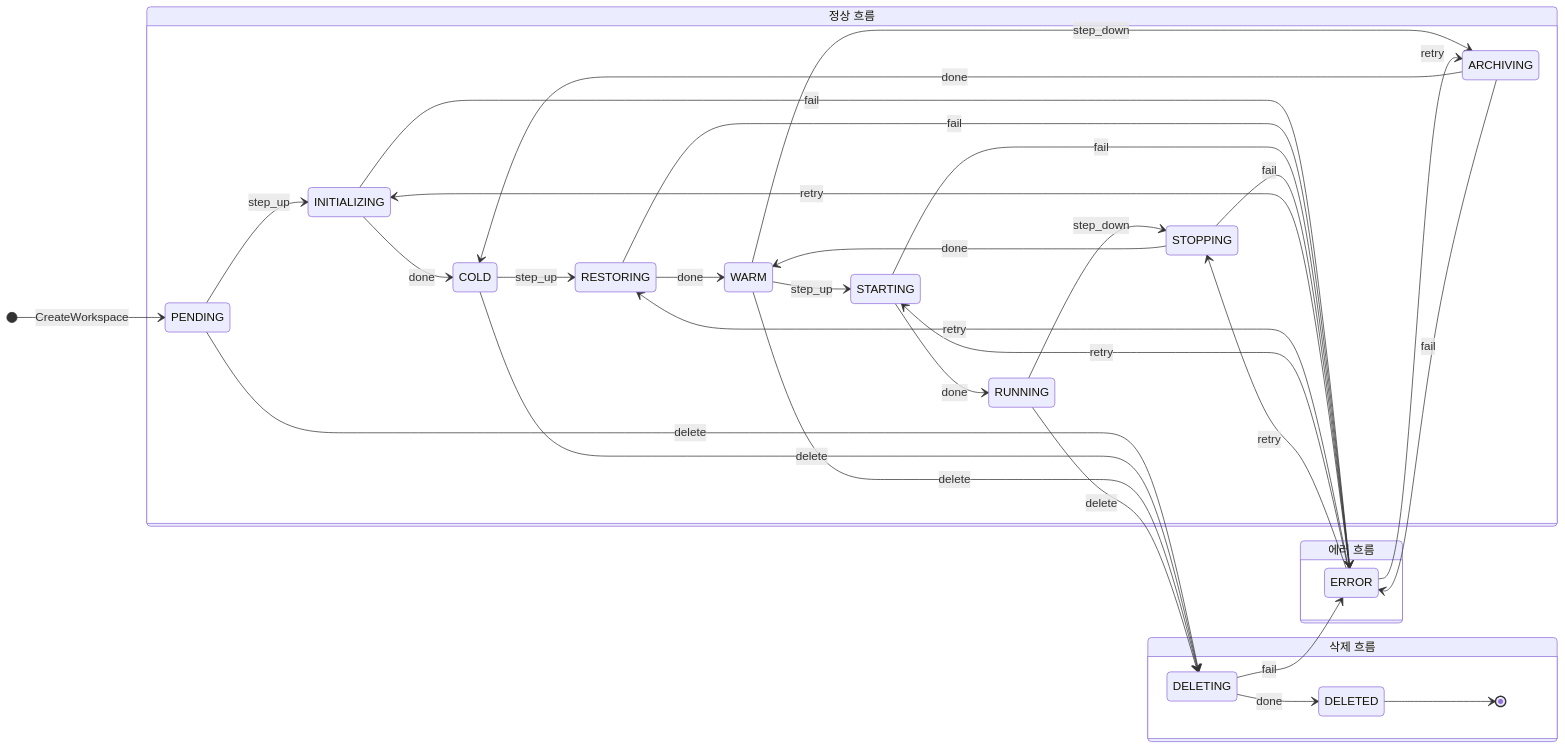
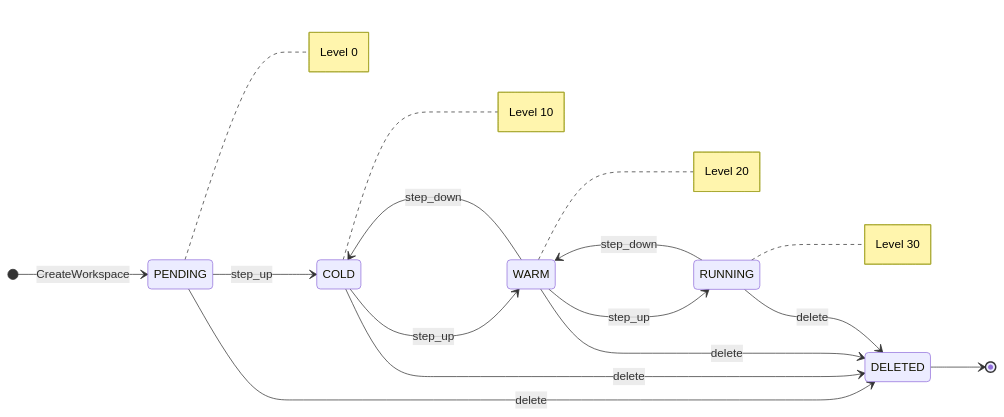
Before and after one commit to cagojeiger/code-hub: the second of 6 diagrams in docs/architecture_v2/states.md, drawn with Mermaid. The commit also changed other lines of this file and 4 other files, not shown here.

````diff
--- a/docs/architecture_v2/states.md
+++ b/docs/architecture_v2/states.md
@@ -58,50 +83,25 @@
 ```mermaid
 stateDiagram-v2
     direction LR
 
     [*] --> PENDING: CreateWorkspace
 
-    state "정상 흐름" as normal {
-        PENDING --> INITIALIZING: step_up
-        INITIALIZING --> COLD: done
+    PENDING --> COLD: step_up
+    COLD --> WARM: step_up
+    WARM --> RUNNING: step_up
 
-        COLD --> RESTORING: step_up
-        RESTORING --> WARM: done
+    RUNNING --> WARM: step_down
+    WARM --> COLD: step_down
 
-        WARM --> STARTING: step_up
-        STARTING --> RUNNING: done
+    PENDING --> DELETED: delete
+    COLD --> DELETED: delete
+    WARM --> DELETED: delete
+    RUNNING --> DELETED: delete
 
-        RUNNING --> STOPPING: step_down
-        STOPPING --> WARM: done
+    DELETED --> [*]
 
-        WARM --> ARCHIVING: step_down
-        ARCHIVING --> COLD: done
-    }
-
-    state "삭제 흐름" as delete_flow {
-        DELETING --> DELETED: done
-        DELETED --> [*]
-    }
-
-    PENDING --> DELETING: delete
-    COLD --> DELETING: delete
-    WARM --> DELETING: delete
-    RUNNING --> DELETING: delete
-
-    state "에러 흐름" as error_flow {
-        ERROR
-    }
-
-    INITIALIZING --> ERROR: fail
-    RESTORING --> ERROR: fail
-    STARTING --> ERROR: fail
-    STOPPING --> ERROR: fail
-    ARCHIVING --> ERROR: fail
-    DELETING --> ERROR: fail
-
-    ERROR --> INITIALIZING: retry
-    ERROR --> RESTORING: retry
-    ERROR --> STARTING: retry
-    ERROR --> STOPPING: retry
-    ERROR --> ARCHIVING: retry
+    note right of PENDING: Level 0
+    note right of COLD: Level 10
+    note right of WARM: Level 20
+    note right of RUNNING: Level 30
 ```
````
